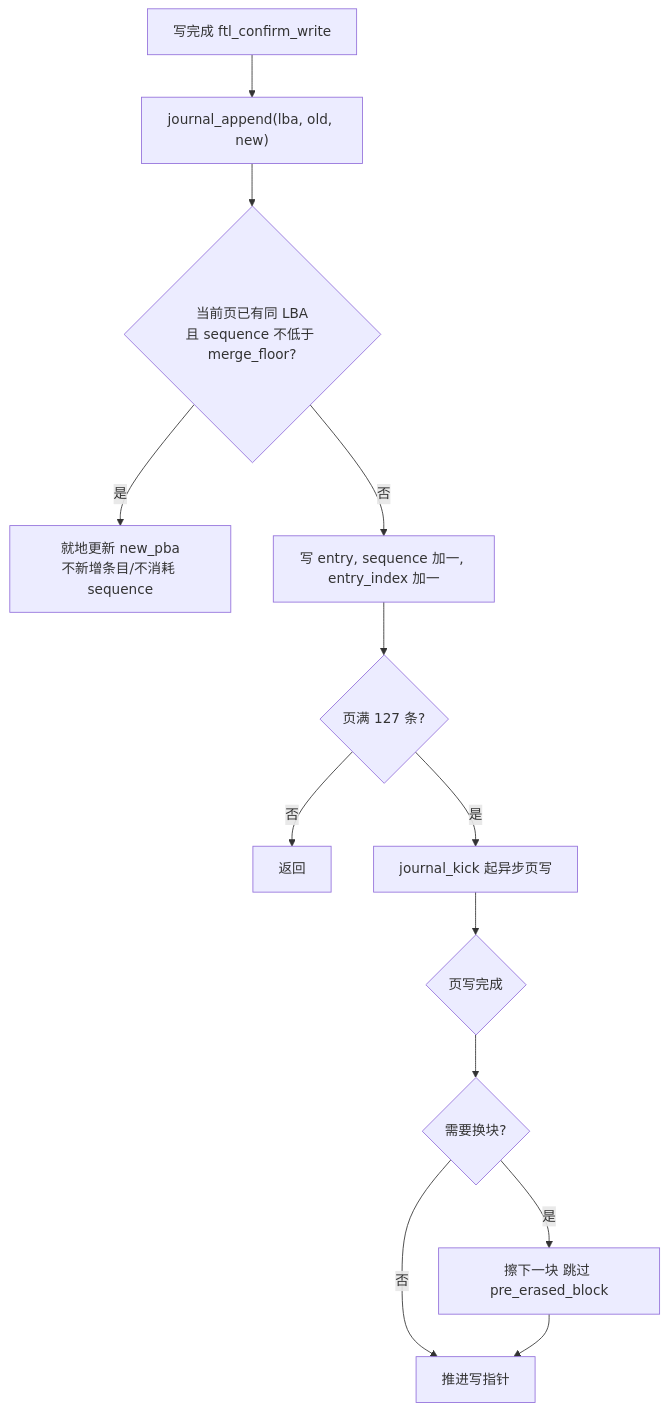
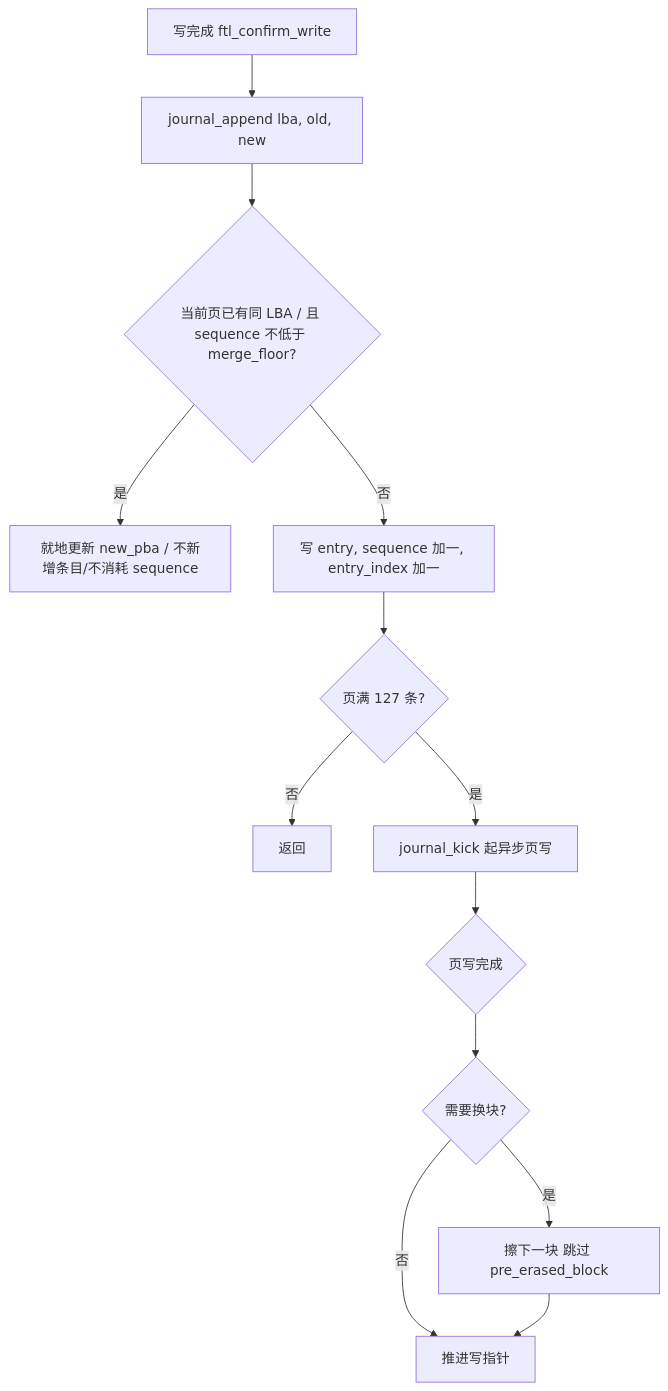
Before and after one commit to YzYMIAO/BASESSD: diagram 11 of 28 in docs/design/ftl_design.md, drawn with Mermaid. The commit also changed other lines of this file, not shown here.

First line of the commit message:
docs(ftl): 修复 6 张 stateDiagram 的围栏粘连

````diff
--- a/docs/design/ftl_design.md
+++ b/docs/design/ftl_design.md
@@ -1677,15 +1677,15 @@
 ```mermaid
 flowchart TD
-    A["写完成 ftl_confirm_write"] --> B["journal_append(lba, old, new)"]
-    B --> C{"当前页已有同 LBA<br/>且 sequence 不低于 merge_floor?"}
-    C -- "是" --> D["就地更新 new_pba<br/>不新增条目/不消耗 sequence"]
+    A["写完成 ftl_confirm_write"] --> B["journal_append lba, old, new"]
+    B --> C{"当前页已有同 LBA / 且 sequence 不低于 merge_floor?"}
+    C -- "是" --> D["就地更新 new_pba / 不新增条目/不消耗 sequence"]
     C -- "否" --> E["写 entry, sequence 加一, entry_index 加一"]
     E --> F{"页满 127 条?"}
     F -- "否" --> G["返回"]
     F -- "是" --> H["journal_kick 起异步页写"]
     H --> I{"页写完成"}
     I --> J{"需要换块?"}
     J -- "否" --> K["推进写指针"]
-    J -- "是" --> L["擦下一块 跳过 pre_erased_block "]
+    J -- "是" --> L["擦下一块 跳过 pre_erased_block"]
     L --> K
 ```
````
